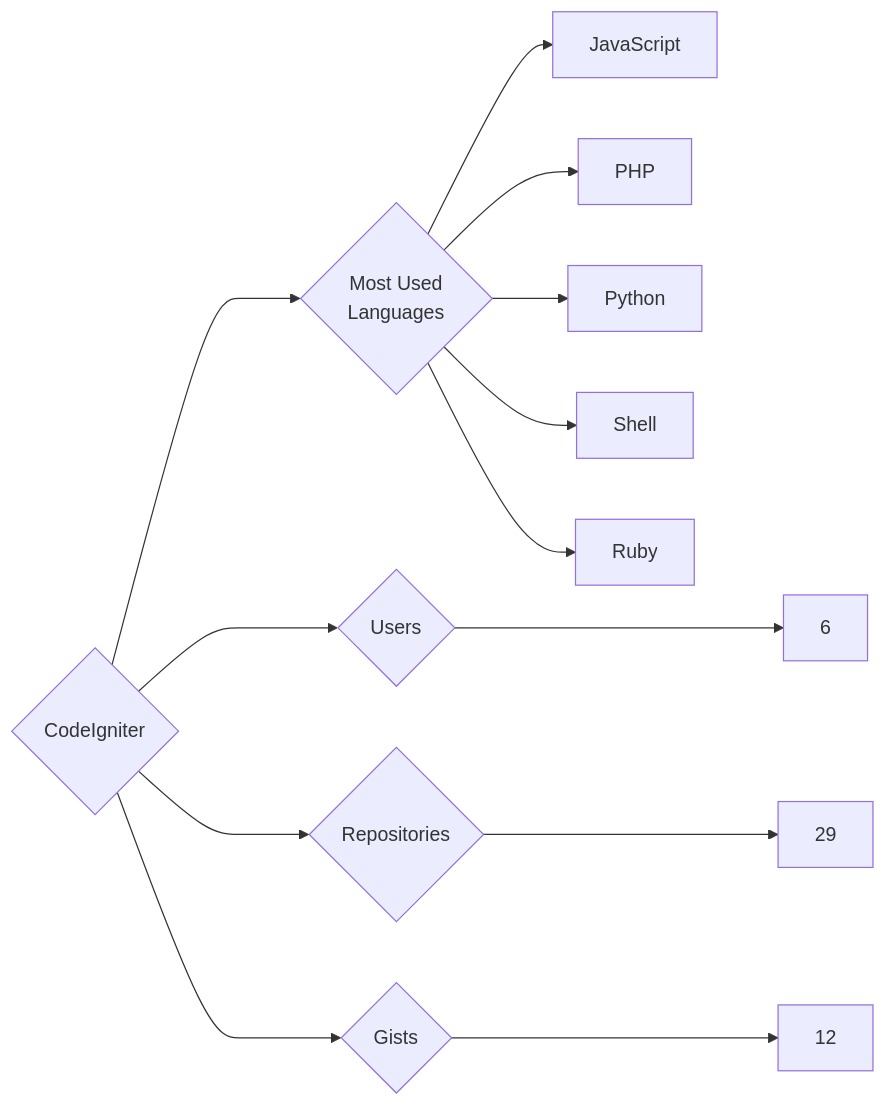
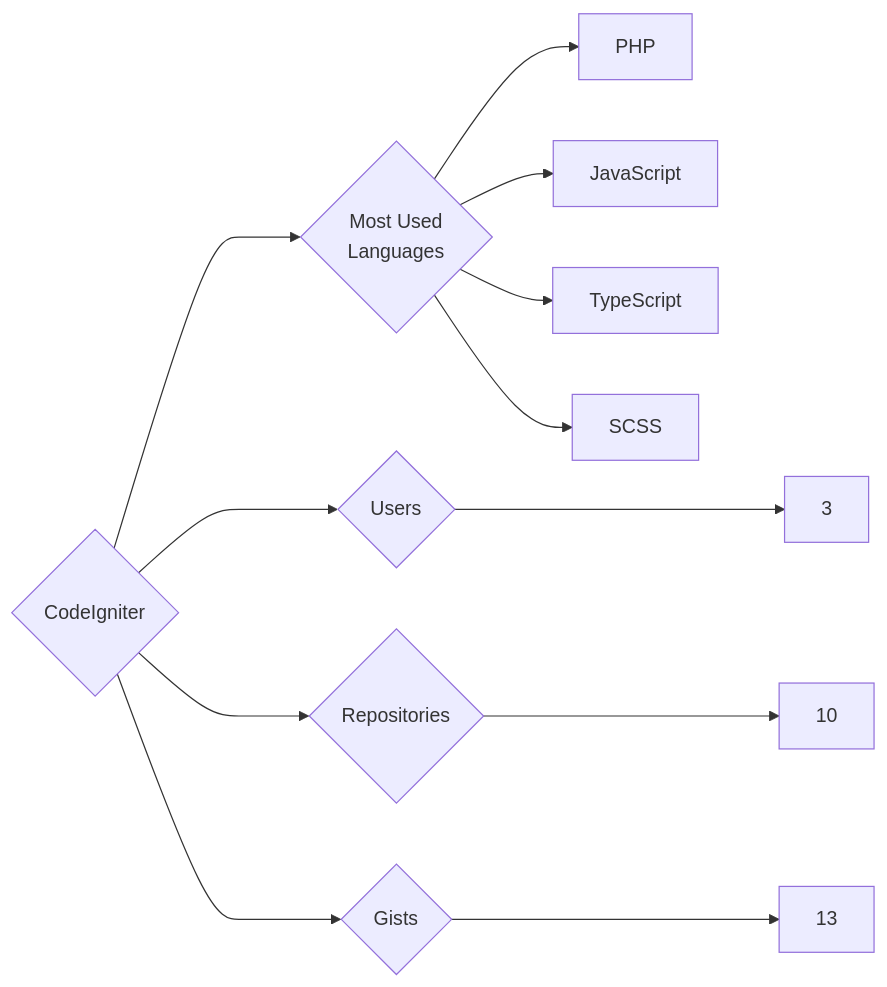
Before and after one commit to trickest/insiders: the diagram in targets/CodeIgniter/README.md, drawn with Mermaid. The commit also changed 1092 other files, not shown here.

````diff
--- a/targets/CodeIgniter/README.md
+++ b/targets/CodeIgniter/README.md
@@ -3,13 +3,12 @@
 ```mermaid
 graph LR
 COMPANY_NAME{CodeIgniter}
-COMPANY_NAME ---> U{Users} ---> UN[6]
-COMPANY_NAME ---> R{Repositories} ---> RN[29]
-COMPANY_NAME ---> G{Gists} ---> GN[12]
+COMPANY_NAME ---> U{Users} ---> UN[3]
+COMPANY_NAME ---> R{Repositories} ---> RN[10]
+COMPANY_NAME ---> G{Gists} ---> GN[13]
 COMPANY_NAME ---> ML{Most Used<br>Languages}
+ML --> PHP[PHP]
 ML --> JavaScript[JavaScript]
-ML --> PHP[PHP]
-ML --> Python[Python]
-ML --> Shell[Shell]
-ML --> Ruby[Ruby]
+ML --> TypeScript[TypeScript]
+ML --> SCSS[SCSS]
 ```
````
